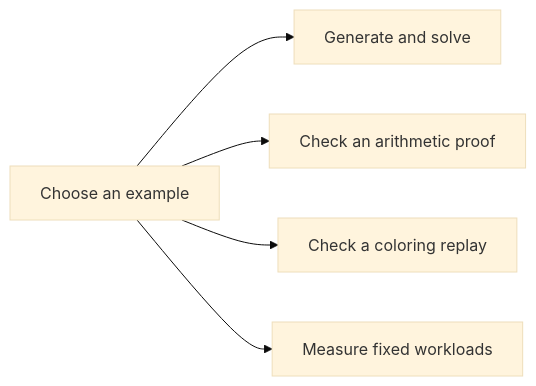
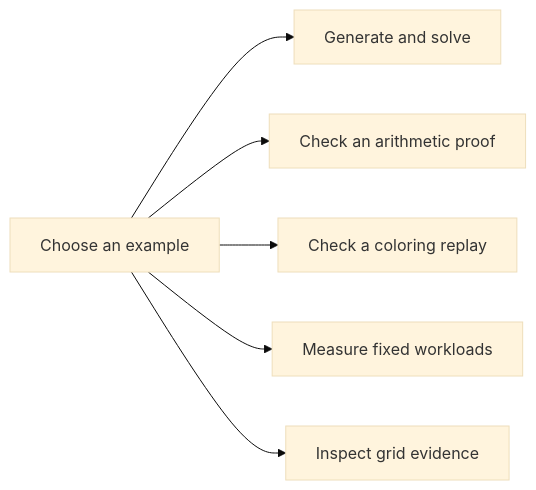
Before and after one commit to kcirtapfromspace/sudoku-core: the diagram in examples/README.md, drawn with Mermaid (base theme). The commit also changed other lines of this file and 13 other files, not shown here.

Commit message:
feat: export and render Sudoku grid evidence with checked proof traces

````diff
--- a/examples/README.md
+++ b/examples/README.md
@@ -6,7 +18,8 @@
 ```mermaid
 flowchart LR
     A[Choose an example] --> B[Generate and solve]
     A --> C[Check an arithmetic proof]
     A --> D[Check a coloring replay]
     A --> E[Measure fixed workloads]
+    A --> F[Inspect grid evidence]
 ```
````
